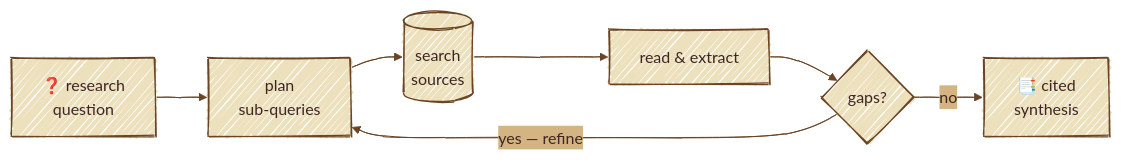
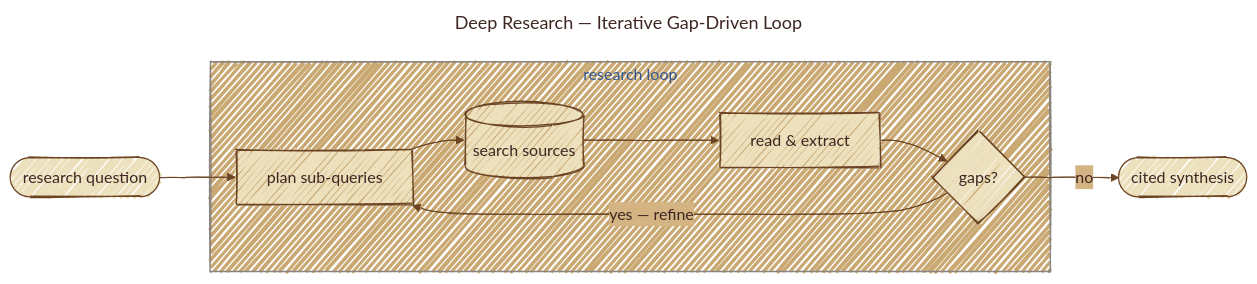
One commit to gtesei/agentic_design_patterns changed diagram 16 of 29 in README.md. Above: the diagram before and after it, drawn with Mermaid. The commit also changed other lines of this file, not shown here.

Commit message:
docs(1_prompt_chain): add Mermaid diagram of the spec→JSON chain

````diff
--- a/README.md
+++ b/README.md
@@ -829,13 +931,21 @@
 ```mermaid
+---
+title: Deep Research — Iterative Gap-Driven Loop
+---
 %%{init: {'look':'handDrawn','theme':'base','themeVariables':{'background':'#f5ecd9','primaryColor':'#ede0bd','primaryBorderColor':'#6b4423','primaryTextColor':'#3e2723','lineColor':'#6b4423','secondaryColor':'#d4b483','tertiaryColor':'#c9a872','fontFamily':'Caveat, Patrick Hand, cursive'}}}%%
 flowchart LR
-    Q["❓ research<br/>question"]
-    Pl[plan<br/>sub-queries]
-    Se[(search<br/>sources)]
-    Rd[read & extract]
-    Rf{gaps?}
-    Sy["📑 cited<br/>synthesis"]
-    Q --> Pl --> Se --> Rd --> Rf
-    Rf -- "yes — refine" --> Pl
+    Q([research question])
+    Sy([cited synthesis])
+
+    subgraph loop ["research loop"]
+        Pl[plan sub-queries]
+        Se[(search sources)]
+        Rd[read & extract]
+        Rf{gaps?}
+        Pl --> Se --> Rd --> Rf
+        Rf -- "yes — refine" --> Pl
+    end
+
+    Q --> Pl
     Rf -- "no" --> Sy
 ```
````
